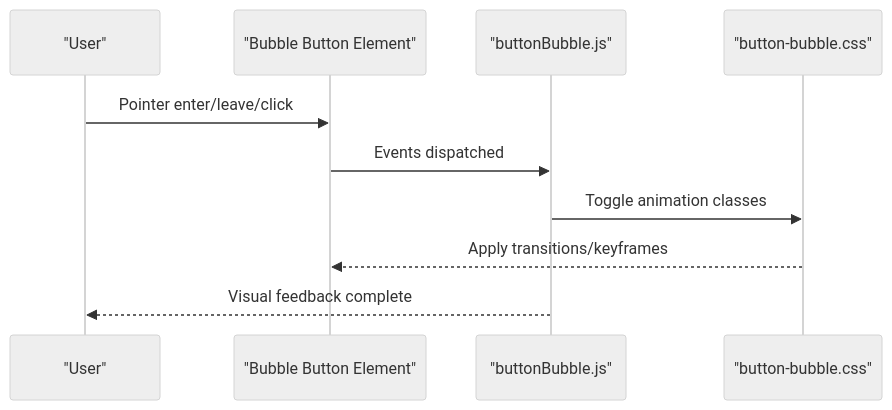
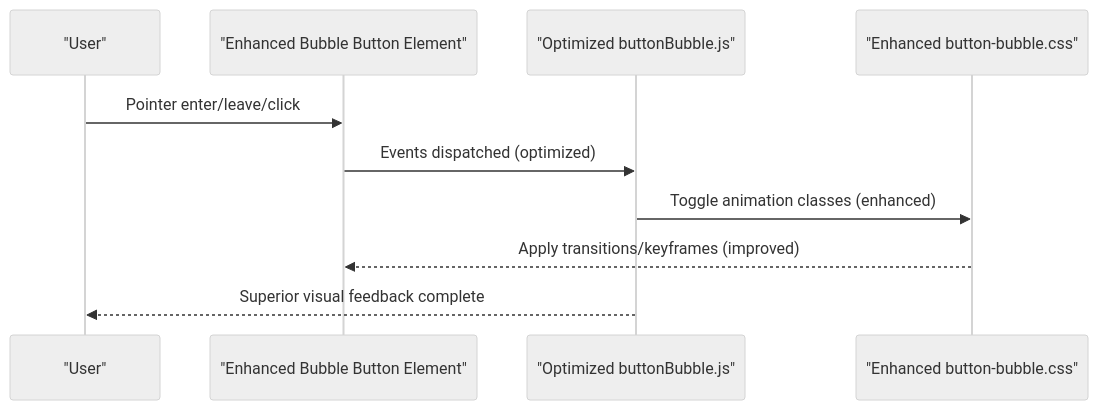
Before and after one commit to Theja4/podiummomentum: the third of 4 diagrams in .qoder/repowiki/en/content/Styling and Design System/Component Styling Patterns/Button System Architecture.md, drawn with Mermaid (neutral theme). The commit also changed other lines of this file and 24 other files, not shown here.

````diff
--- a/.qoder/repowiki/en/content/Styling and Design System/Component Styling Patterns/Button System Architecture.md
+++ b/.qoder/repowiki/en/content/Styling and Design System/Component Styling Patterns/Button System Architecture.md
@@ -136,12 +150,12 @@
 ```mermaid
 sequenceDiagram
 participant User as "User"
-participant Btn as "Bubble Button Element"
-participant Script as "buttonBubble.js"
-participant CSS as "button-bubble.css"
+participant Btn as "Enhanced Bubble Button Element"
+participant Script as "Optimized buttonBubble.js"
+participant CSS as "Enhanced button-bubble.css"
 User->>Btn : Pointer enter/leave/click
-Btn->>Script : Events dispatched
-Script->>CSS : Toggle animation classes
-CSS-->>Btn : Apply transitions/keyframes
-Script-->>User : Visual feedback complete
+Btn->>Script : Events dispatched (optimized)
+Script->>CSS : Toggle animation classes (enhanced)
+CSS-->>Btn : Apply transitions/keyframes (improved)
+Script-->>User : Superior visual feedback complete
 ```
````
